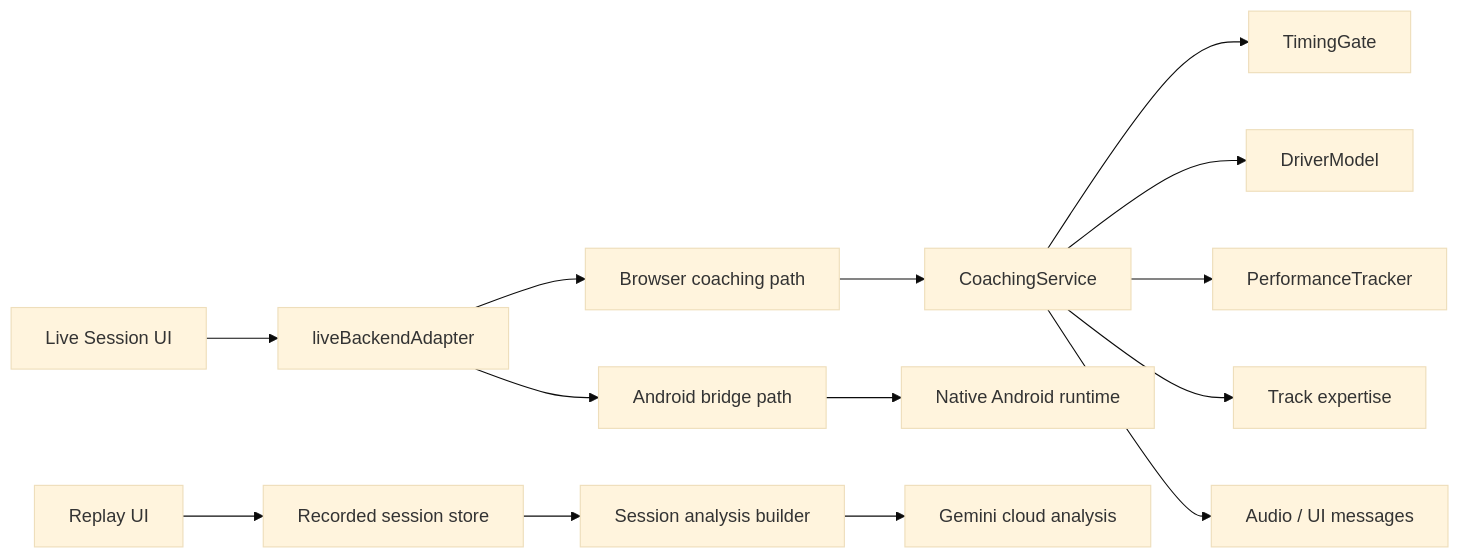
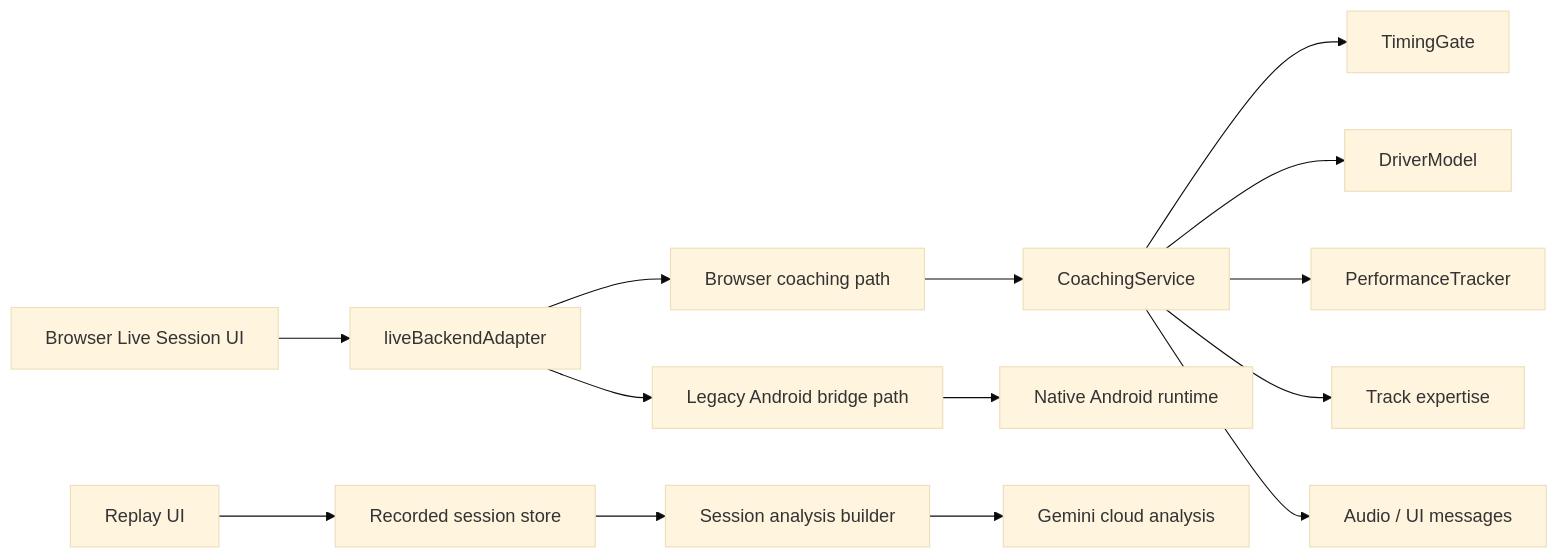
One commit to rabimba/speedracer-AI changed the fourth of 8 diagrams in docs/end-to-end-architecture.md. Above: the diagram before and after it, drawn with Mermaid (base theme). The commit also changed other lines of this file and 75 other files, not shown here.

````diff
--- a/docs/end-to-end-architecture.md
+++ b/docs/end-to-end-architecture.md
@@ -194,16 +194,16 @@
 ```mermaid
 flowchart LR
-    A["Live Session UI"] --> B["liveBackendAdapter"]
+    A["Browser Live Session UI"] --> B["liveBackendAdapter"]
     B --> C["Browser coaching path"]
-    B --> D["Android bridge path"]
+    B --> D["Legacy Android bridge path"]
     C --> E["CoachingService"]
     E --> F["TimingGate"]
     E --> G["DriverModel"]
     E --> H["PerformanceTracker"]
     E --> I["Track expertise"]
     E --> J["Audio / UI messages"]
     D --> K["Native Android runtime"]
     L["Replay UI"] --> M["Recorded session store"]
     M --> N["Session analysis builder"]
     N --> O["Gemini cloud analysis"]
 ```
````
